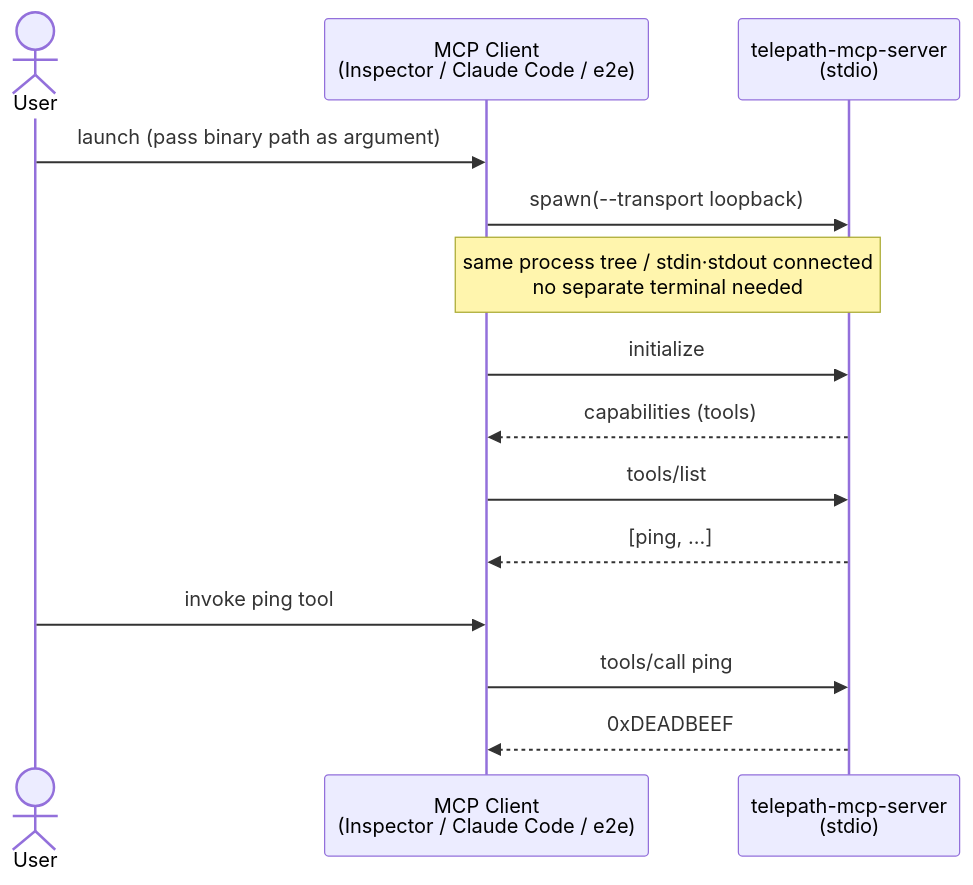
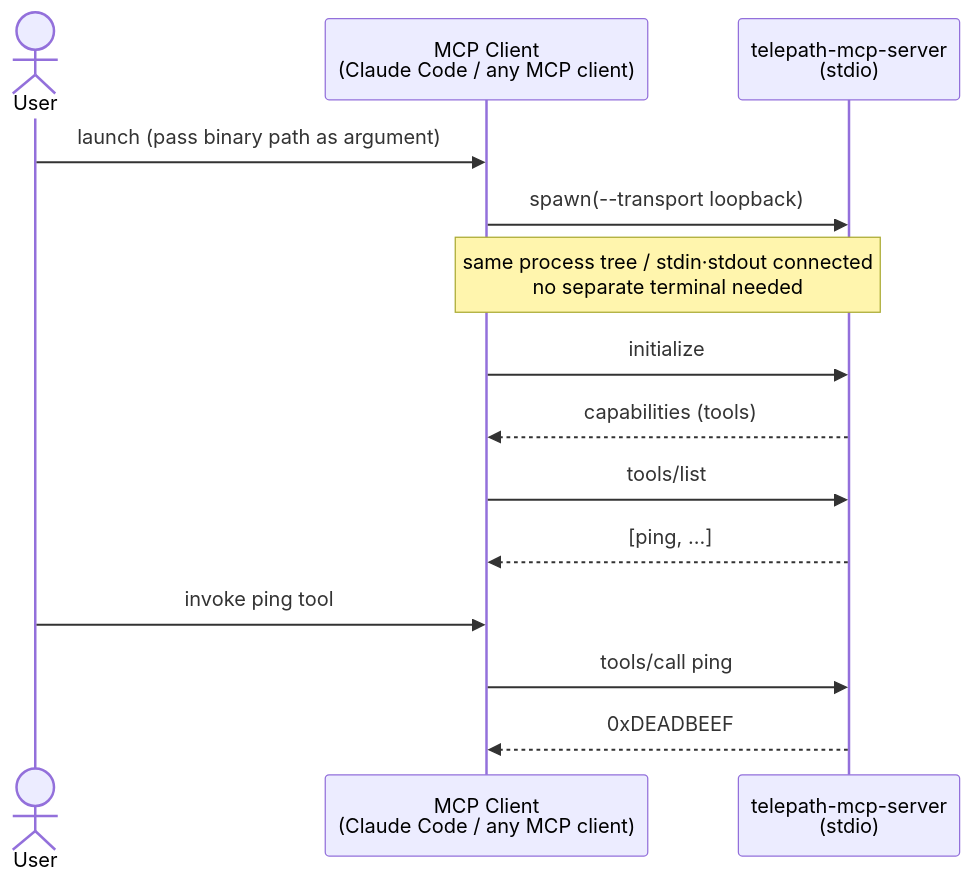
The diagram in tools/telepath-mcp-server/README.md (tarotene/telepath), drawn with Mermaid before and after one commit. The commit also changed other lines of this file and 1 other file, not shown here.

First line of the commit message:
docs(mcp): drop Inspector references from README and integration doc (refs #42)

````diff
--- a/tools/telepath-mcp-server/README.md
+++ b/tools/telepath-mcp-server/README.md
@@ -12,17 +12,17 @@
 ```mermaid
 sequenceDiagram
     actor User
-    participant Client as MCP Client<br/>(Inspector / Claude Code / e2e)
+    participant Client as MCP Client<br/>(Claude Code / any MCP client)
     participant Server as telepath-mcp-server<br/>(stdio)
 
     User->>Client: launch (pass binary path as argument)
     Client->>Server: spawn(--transport loopback)
     Note over Client,Server: same process tree / stdin·stdout connected<br/>no separate terminal needed
     Client->>Server: initialize
     Server-->>Client: capabilities (tools)
     Client->>Server: tools/list
     Server-->>Client: [ping, ...]
     User->>Client: invoke ping tool
     Client->>Server: tools/call ping
     Server-->>Client: 0xDEADBEEF
 ```
````
